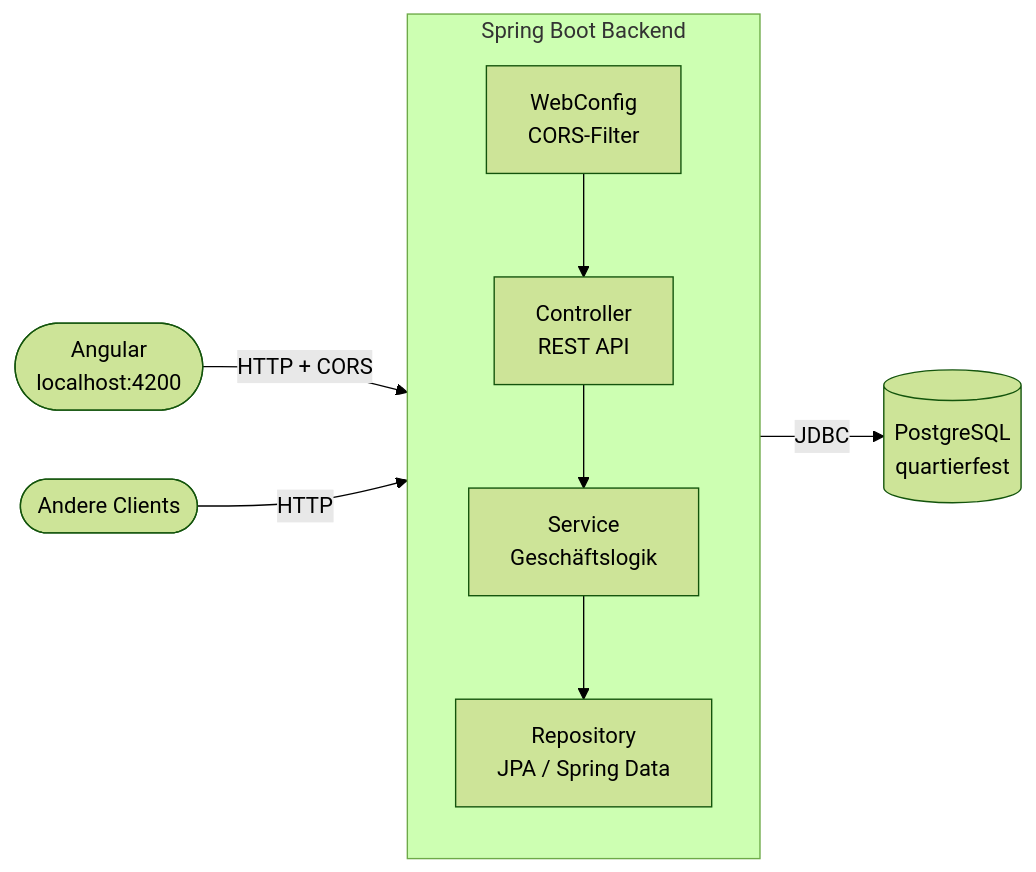
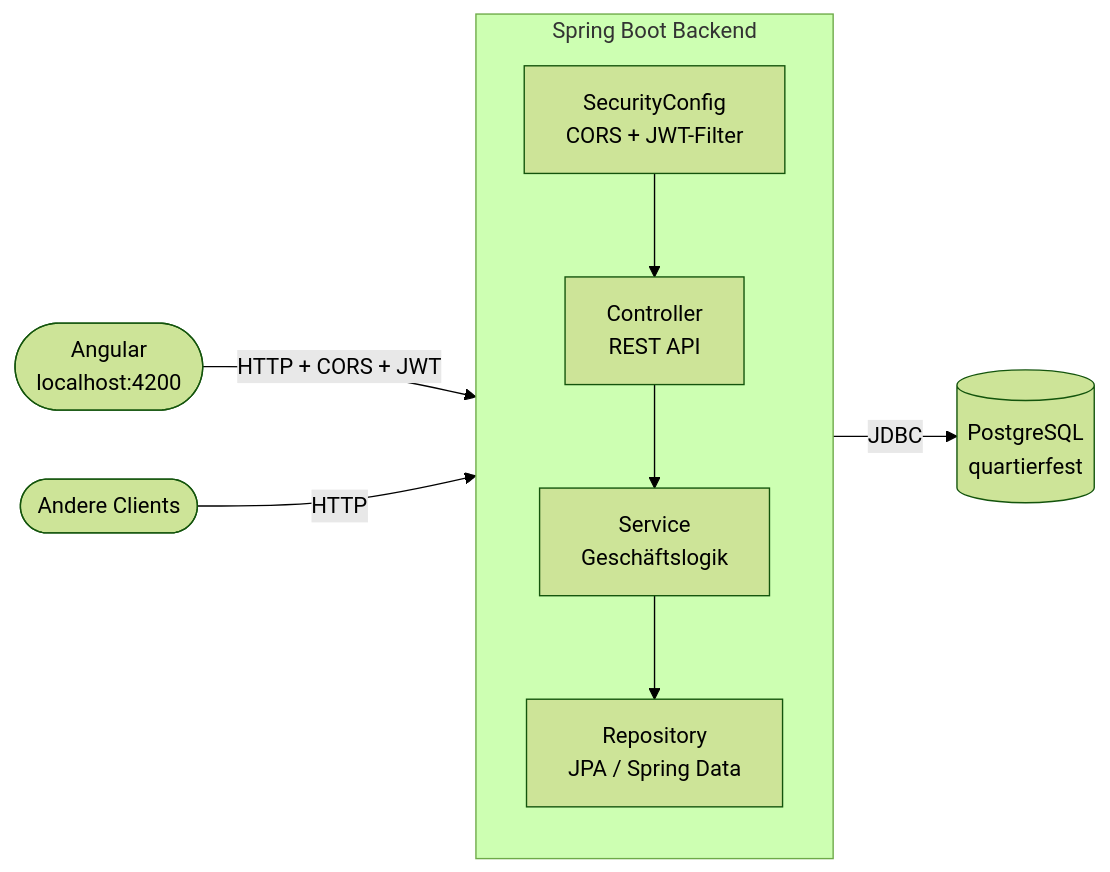
One commit to davidrossier/quartierfest-backend changed the first of 2 diagrams in specs/architecture.md. Above: the diagram before and after it, drawn with Mermaid (forest theme). The commit also changed other lines of this file and 6 other files, not shown here.

First line of the commit message:
feat(security): AUTH-001 Spring Security JWT-Absicherung implementieren

````diff
--- a/specs/architecture.md
+++ b/specs/architecture.md
@@ -5,22 +5,22 @@
 ```mermaid
 graph LR
     Angular([Angular\nlocalhost:4200])
     Other([Andere Clients])
 
     subgraph Spring Boot Backend
         direction TB
-        CORS[WebConfig\nCORS-Filter]
+        SEC[SecurityConfig\nCORS + JWT-Filter]
         Controller[Controller\nREST API]
         Service[Service\nGeschäftslogik]
         Repository[Repository\nJPA / Spring Data]
-        CORS --> Controller
+        SEC --> Controller
         Controller --> Service
         Service --> Repository
     end
 
     DB[(PostgreSQL\nquartierfest)]
 
-    Angular -->|HTTP + CORS| CORS
-    Other -->|HTTP| CORS
+    Angular -->|HTTP + CORS + JWT| SEC
+    Other -->|HTTP| SEC
     Repository -->|JDBC| DB
 ```
````
